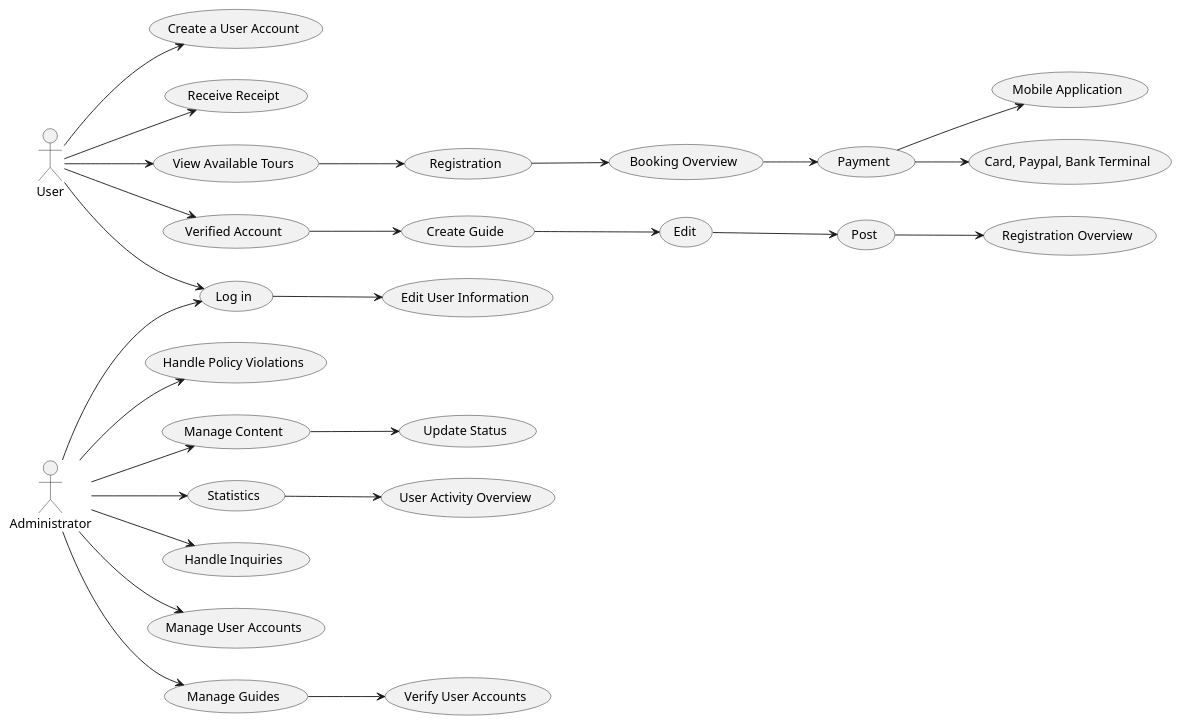
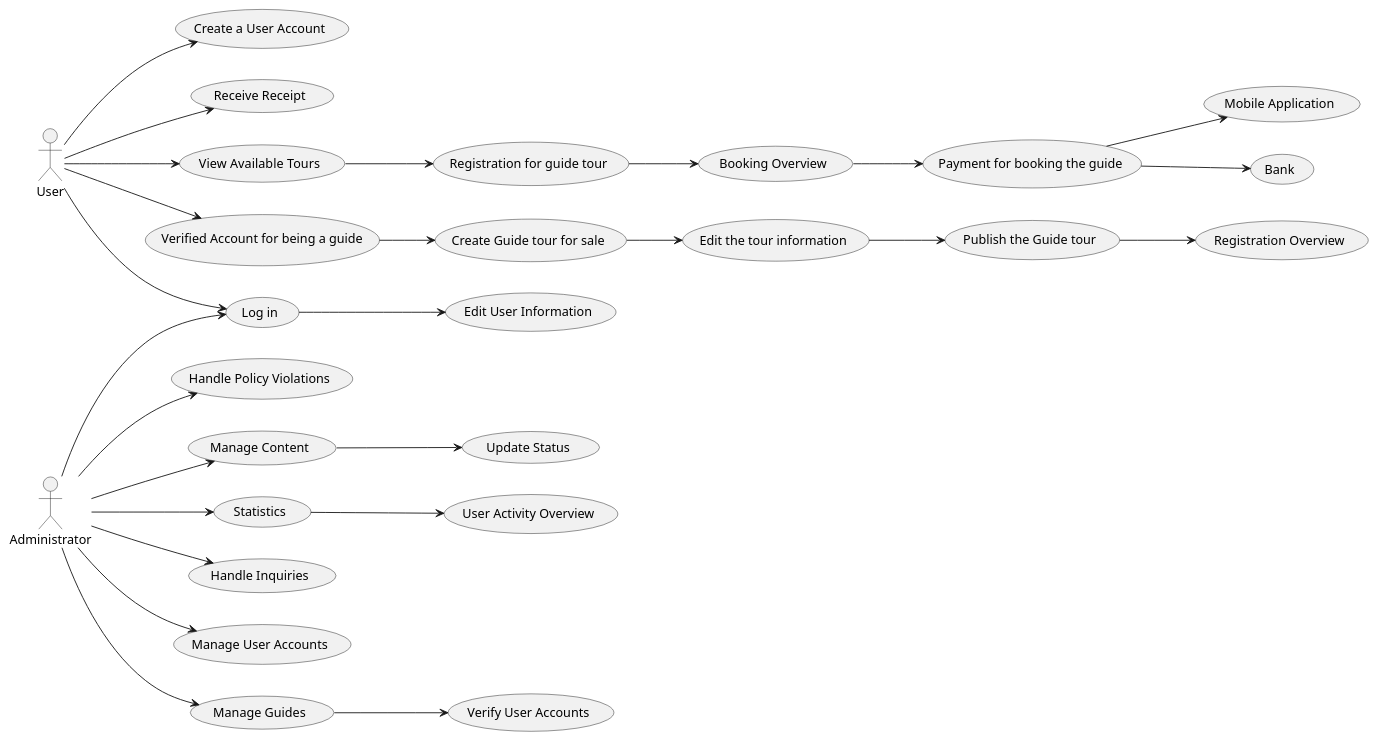
Before and after one commit to khadijo/Group18.YourGuide.Prototype: the diagram in use-case_diagram.puml, drawn with PlantUML. The commit also changed 8 other files, not shown here.

```diff
--- a/use-case_diagram.puml
+++ b/use-case_diagram.puml
@@ -1,34 +1,34 @@
 @startuml
 left to right direction
 
 :User: as User
 :Administrator: as Admin
 
 Admin --> (Log in)
 User --> (Log in)
 
 Admin --> (Manage Guides)
 (Manage Guides) --> (Verify User Accounts)
 Admin --> (Handle Policy Violations)
 Admin --> (Manage Content)
 (Manage Content) --> (Update Status)
 Admin --> (Statistics)
 (Statistics) --> (User Activity Overview)
 Admin --> (Handle Inquiries)
-User --> (Verified Account)
+User --> (Verified Account for being a guide)
 Admin --> (Manage User Accounts)
 User --> (Create a User Account)
 User --> (Receive Receipt)
 (Log in) --> (Edit User Information)
-(Verified Account) --> (Create Guide)
-(Create Guide) --> (Edit)
-(Edit) --> (Post)
-(Post) --> (Registration Overview)
+(Verified Account for being a guide) --> (Create Guide tour for sale)
+(Create Guide tour for sale) --> (Edit the tour information)
+(Edit the tour information) --> (Publish the Guide tour)
+(Publish the Guide tour) --> (Registration Overview)
 User --> (View Available Tours)
-(View Available Tours) --> (Registration)
-(Registration) --> (Booking Overview)
-(Booking Overview) --> (Payment)
-(Payment) --> (Card, Paypal, Bank Terminal)
-(Payment) --> (Mobile Application)
+(View Available Tours) --> (Registration for guide tour)
+(Registration for guide tour) --> (Booking Overview)
+(Booking Overview) --> (Payment for booking the guide)
+(Payment for booking the guide) --> (Bank)
+(Payment for booking the guide) --> (Mobile Application)
 
 @enduml
```
